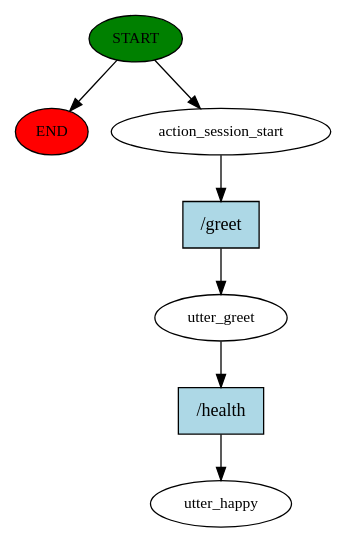
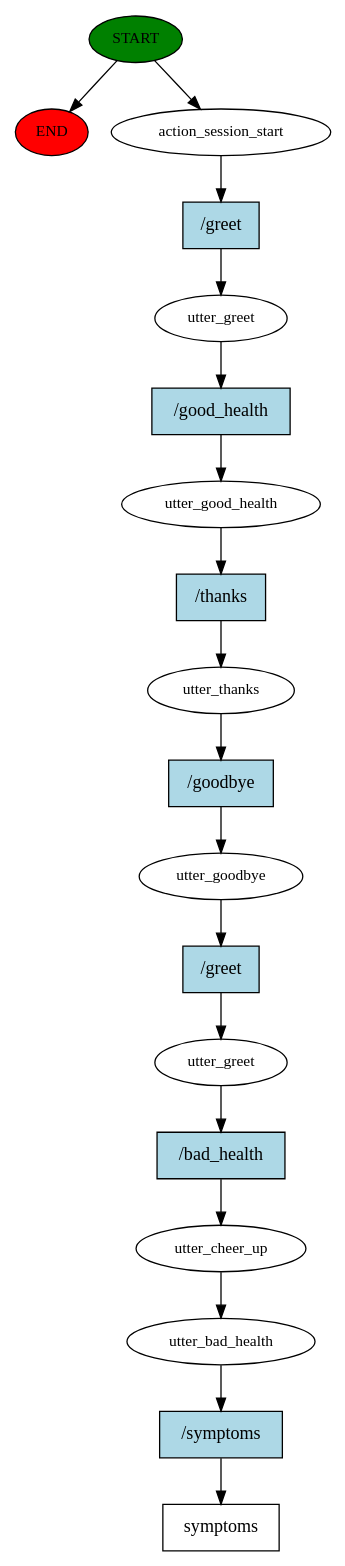
Before and after one commit to mebaidoo/Medical-Chatbot-Capstone: the diagram in story_graph.dot, drawn with Graphviz. The commit also changed 77 other files, not shown here.

```diff
--- a/story_graph.dot
+++ b/story_graph.dot
@@ -1,15 +1,37 @@
 digraph  {
 0 [class="start active", fillcolor=green, fontsize=12, label=START, style=filled];
 "-1" [class=end, fillcolor=red, fontsize=12, label=END, style=filled];
 1 [class=active, fontsize=12, label=action_session_start];
 2 [class=active, fontsize=12, label=utter_greet];
-3 [class="dashed active", fontsize=12, label=utter_happy];
-4 [class="intent active", fillcolor=lightblue, label="/greet", shape=rect, style=filled];
-5 [class="intent active", fillcolor=lightblue, label="/health", shape=rect, style=filled];
+3 [class=active, fontsize=12, label=utter_good_health];
+4 [class=active, fontsize=12, label=utter_thanks];
+5 [class=active, fontsize=12, label=utter_goodbye];
+6 [class=active, fontsize=12, label=utter_greet];
+7 [class=active, fontsize=12, label=utter_cheer_up];
+8 [class=active, fontsize=12, label=utter_bad_health];
+9 [class="intent dashed active", label=symptoms, shape=rect];
+10 [class="intent active", fillcolor=lightblue, label="/greet", shape=rect, style=filled];
+11 [class="intent active", fillcolor=lightblue, label="/good_health", shape=rect, style=filled];
+12 [class="intent active", fillcolor=lightblue, label="/thanks", shape=rect, style=filled];
+13 [class="intent active", fillcolor=lightblue, label="/goodbye", shape=rect, style=filled];
+14 [class="intent active", fillcolor=lightblue, label="/greet", shape=rect, style=filled];
+15 [class="intent active", fillcolor=lightblue, label="/bad_health", shape=rect, style=filled];
+16 [class="intent active", fillcolor=lightblue, label="/symptoms", shape=rect, style=filled];
 0 -> "-1"  [class="", key=NONE, label=""];
 0 -> 1  [class=active, key=NONE, label=""];
-1 -> 4  [class=active, key=0];
-2 -> 5  [class=active, key=0];
-4 -> 2  [class=active, key=0];
-5 -> 3  [class=active, key=0];
+1 -> 10  [class=active, key=0];
+2 -> 11  [class=active, key=0];
+3 -> 12  [class=active, key=0];
+4 -> 13  [class=active, key=0];
+5 -> 14  [class=active, key=0];
+6 -> 15  [class=active, key=0];
+7 -> 8  [class=active, key=NONE, label=""];
+8 -> 16  [class=active, key=0];
+10 -> 2  [class=active, key=0];
+11 -> 3  [class=active, key=0];
+12 -> 4  [class=active, key=0];
+13 -> 5  [class=active, key=0];
+14 -> 6  [class=active, key=0];
+15 -> 7  [class=active, key=0];
+16 -> 9  [class=active, key=0];
 }
```
